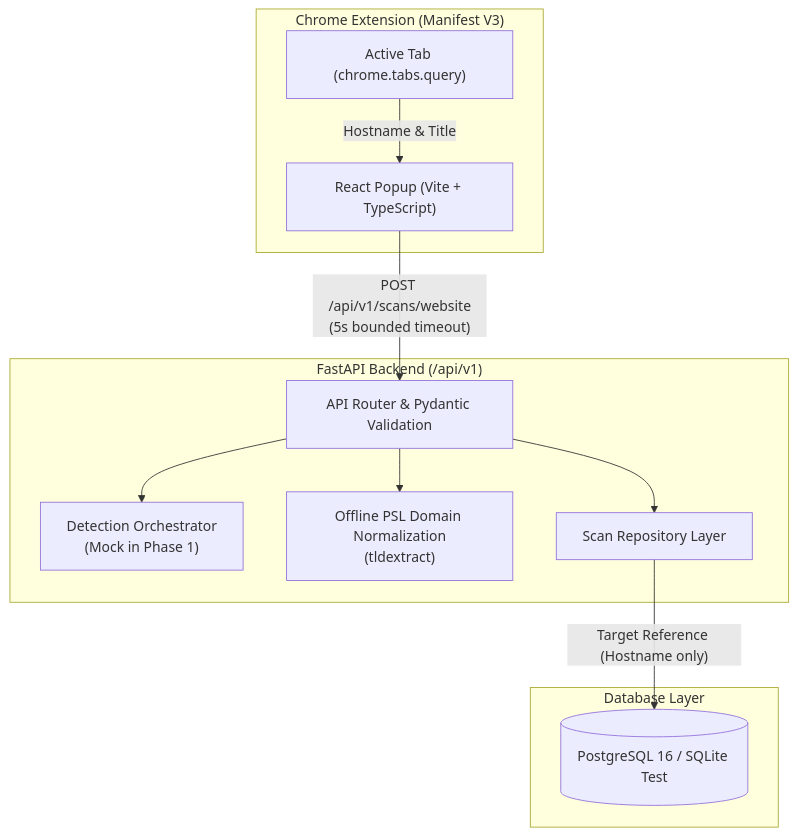
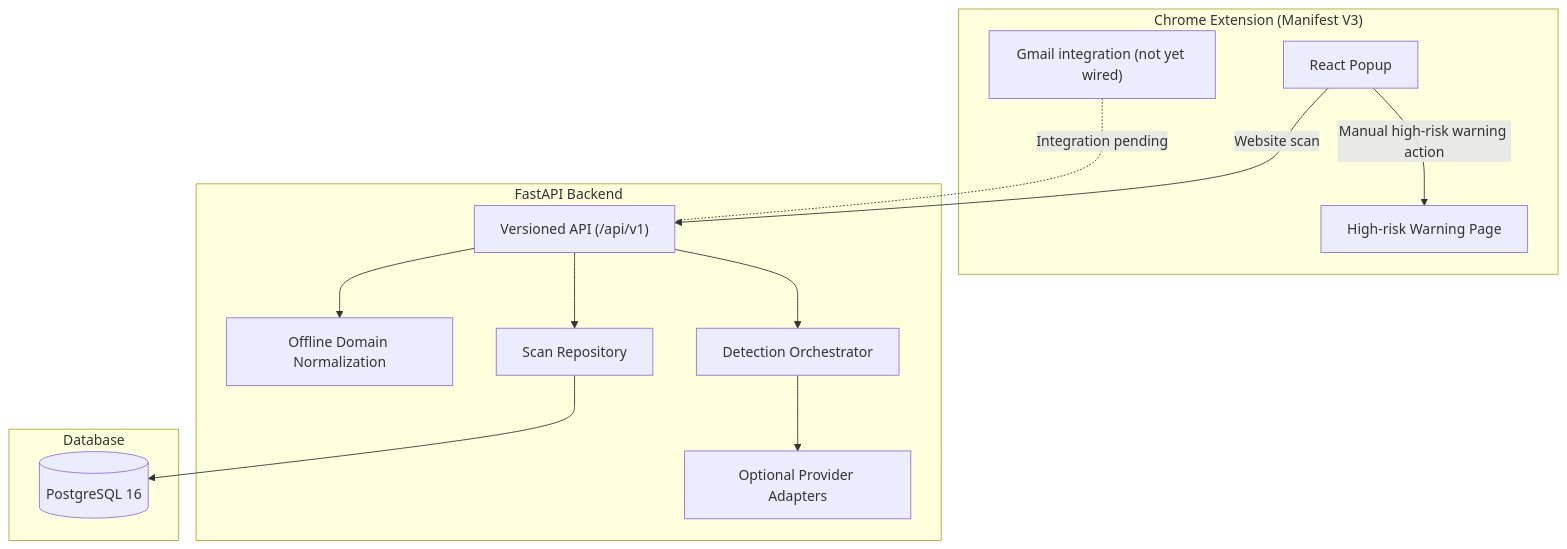
The diagram in README.md (SarthakJain350/Phishing-detection-extension), drawn with Mermaid before and after one commit. The commit also changed other lines of this file and 4 other files, not shown here.

````diff
--- a/README.md
+++ b/README.md
@@ -12,25 +16,29 @@
 ```mermaid
 flowchart TD
-    subgraph Browser ["Chrome Extension (Manifest V3)"]
-        Popup["React Popup (Vite + TypeScript)"]
-        Tab["Active Tab (chrome.tabs.query)"]
-        Tab -->|Hostname & Title| Popup
+    subgraph Browser["Chrome Extension (Manifest V3)"]
+        Popup["React Popup"]
+        Warning["High-risk Warning Page"]
+        Gmail["Gmail integration (not yet wired)"]
+        Popup -->|"Manual high-risk warning action"| Warning
     end
 
-    subgraph Backend ["FastAPI Backend (/api/v1)"]
-        Router["API Router & Pydantic Validation"]
-        Orchestrator["Detection Orchestrator\n(Mock in Phase 1)"]
-        DomainCore["Offline PSL Domain Normalization\n(tldextract)"]
-        Repo["Scan Repository Layer"]
-
-        Popup -->|"POST /api/v1/scans/website\n(5s bounded timeout)"| Router
-        Router --> DomainCore
-        Router --> Orchestrator
-        Router --> Repo
+    subgraph Backend["FastAPI Backend"]
+        API["Versioned API (/api/v1)"]
+        Normalize["Offline Domain Normalization"]
+        Detection["Detection Orchestrator"]
+        Providers["Optional Provider Adapters"]
+        Repository["Scan Repository"]
+        API --> Normalize
+        API --> Detection
+        Detection --> Providers
+        API --> Repository
     end
 
-    subgraph Storage ["Database Layer"]
-        DB[(PostgreSQL 16 / SQLite Test)]
-        Repo -->|"Target Reference (Hostname only)"| DB
+    subgraph Storage["Database"]
+        DB[("PostgreSQL 16")]
+        Repository --> DB
     end
+
+    Popup -->|"Website scan"| API
+    Gmail -.-|"Integration pending"| API
 ```
````
